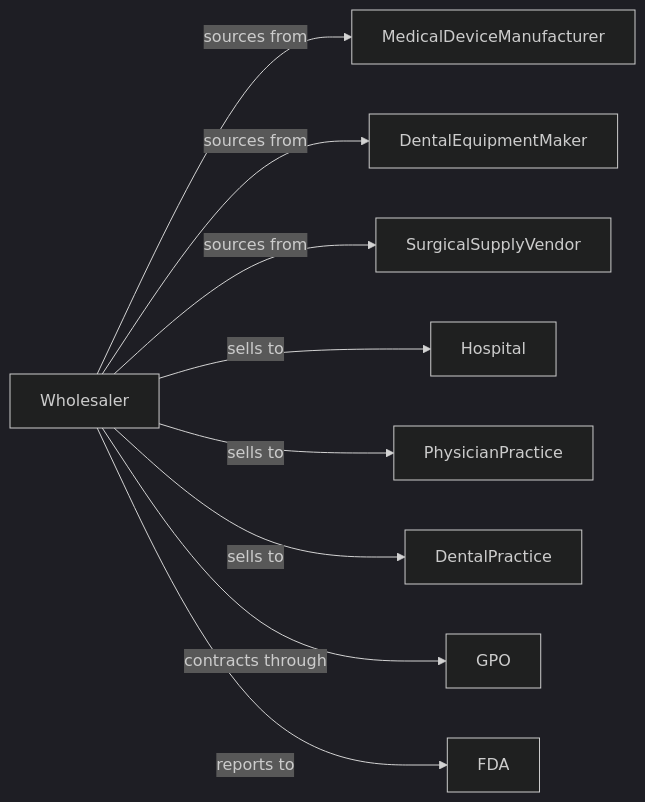
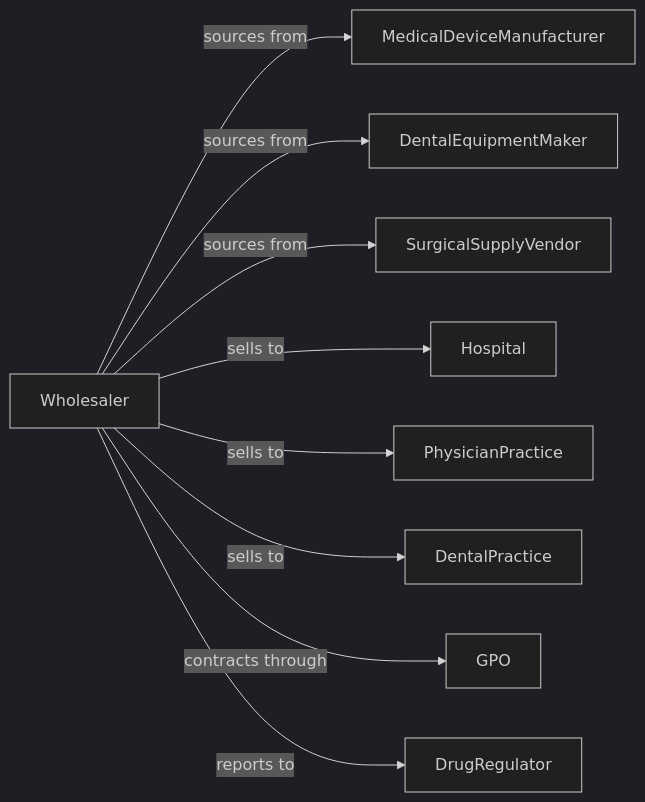
One commit to dot-org-ai/industries.org.ai changed the second of 2 diagrams in WholesaleTrade/MerchantWholesalersDurableGoods/ProfessionalAndCommercialEquipmentAndSuppliesMerchantWholesalers/MedicalDentalAndHospitalEquipmentAndSuppliesMerchantWholesalers.mdx. Above: the diagram before and after it, drawn with Mermaid (dark theme). The commit also changed other lines of this file and 588 other files, not shown here.

````diff
--- a/WholesaleTrade/MerchantWholesalersDurableGoods/ProfessionalAndCommercialEquipmentAndSuppliesMerchantWholesalers/MedicalDentalAndHospitalEquipmentAndSuppliesMerchantWholesalers.mdx
+++ b/WholesaleTrade/MerchantWholesalersDurableGoods/ProfessionalAndCommercialEquipmentAndSuppliesMerchantWholesalers/MedicalDentalAndHospitalEquipmentAndSuppliesMerchantWholesalers.mdx
@@ -129,13 +129,13 @@
 ```mermaid
 graph LR
     W[Wholesaler]
 
     W -->|sources from| MedicalDeviceManufacturer
     W -->|sources from| DentalEquipmentMaker
     W -->|sources from| SurgicalSupplyVendor
     W -->|sells to| Hospital
     W -->|sells to| PhysicianPractice
     W -->|sells to| DentalPractice
     W -->|contracts through| GPO
-    W -->|reports to| FDA
+    W -->|reports to| DrugRegulator
 ```
````
